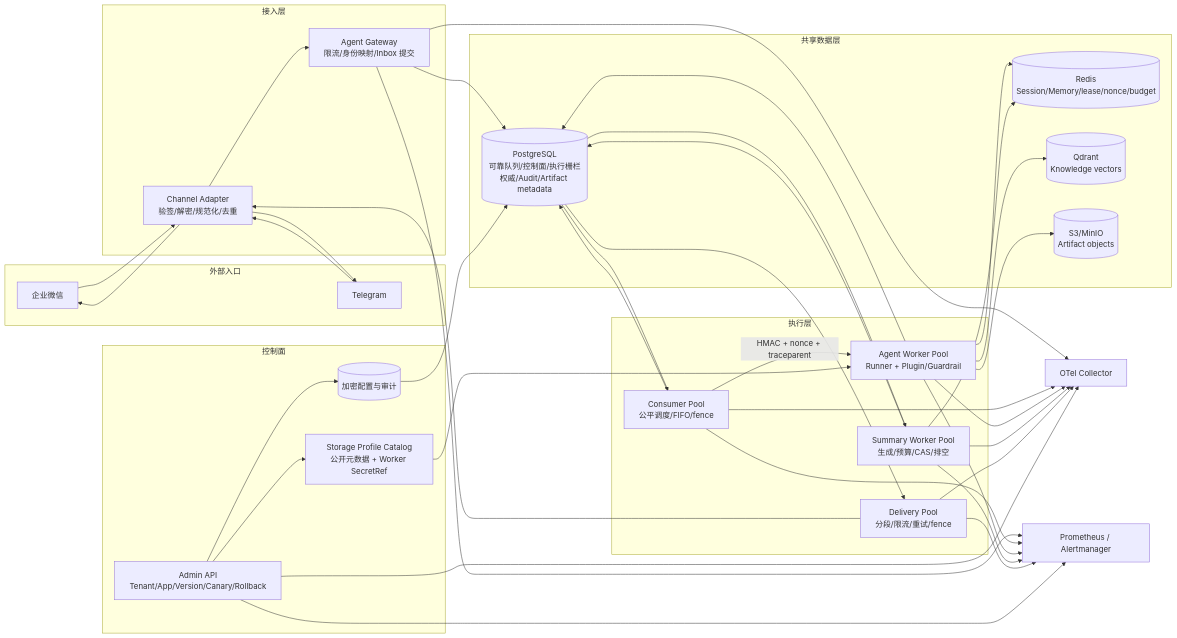
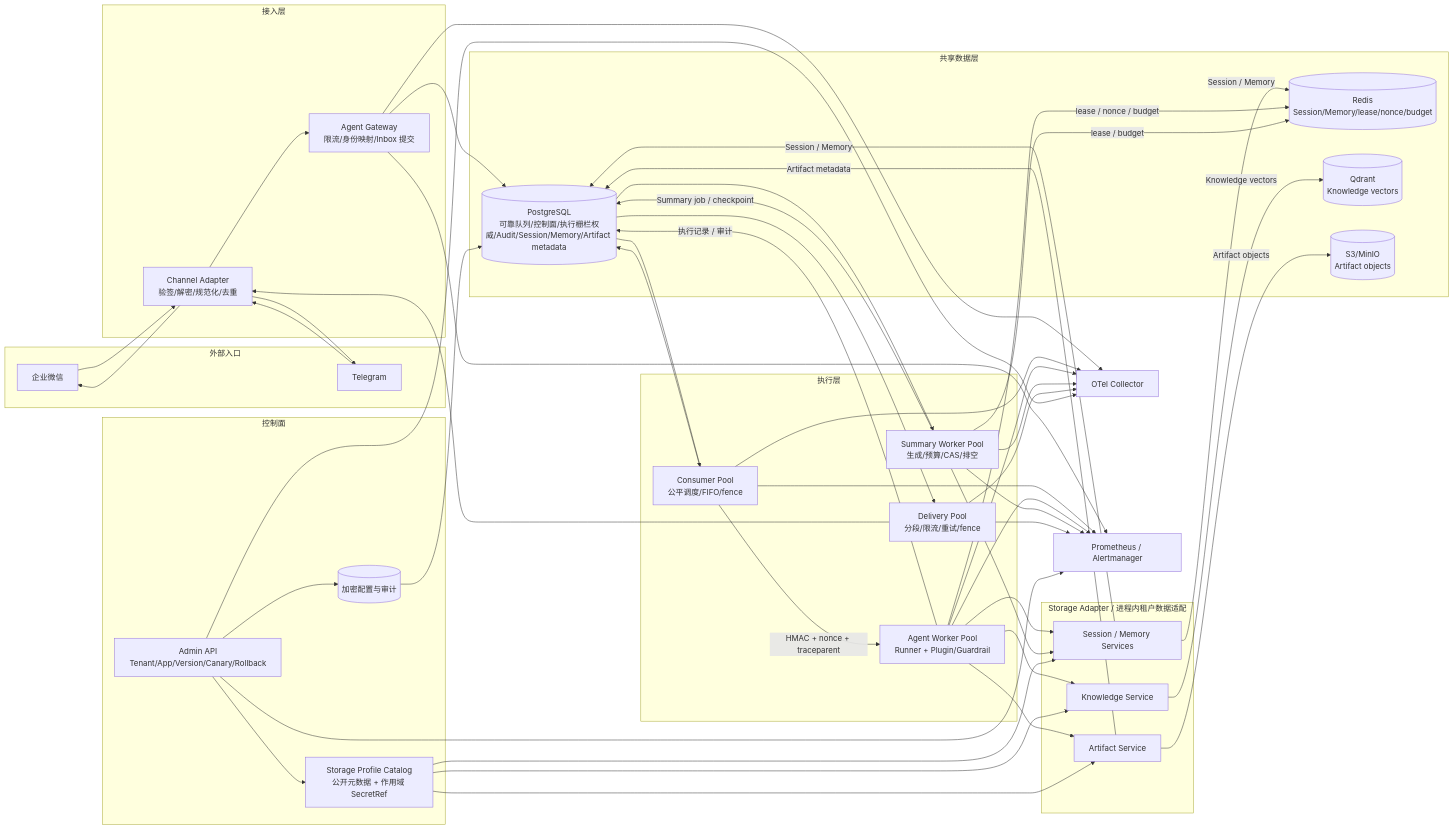
The first of 2 diagrams in docs/COMPETITION_SUBMISSION.md (ltyfulan9/trpc-agent-service), drawn with Mermaid before and after one commit. The commit also changed other lines of this file and 5 other files, not shown here.

````diff
--- a/docs/COMPETITION_SUBMISSION.md
+++ b/docs/COMPETITION_SUBMISSION.md
@@ -40,45 +39,54 @@
 ```mermaid
 flowchart LR
   subgraph EXT[外部入口]
     WX[企业微信]
     TG[Telegram]
   end
   subgraph EDGE[接入层]
     CA[Channel Adapter\n验签/解密/规范化/去重]
     GW[Agent Gateway\n限流/身份映射/Inbox 提交]
   end
   subgraph EXEC[执行层]
     C[Consumer Pool\n公平调度/FIFO/fence]
     W[Agent Worker Pool\nRunner + Plugin/Guardrail]
     SW[Summary Worker Pool\n生成/预算/CAS/排空]
     D[Delivery Pool\n分段/限流/重试/fence]
   end
   subgraph CTRL[控制面]
     A[Admin API\nTenant/App/Version/Canary/Rollback]
     CFG[(加密配置与审计)]
-    PROF[Storage Profile Catalog\n公开元数据 + Worker SecretRef]
+    PROF[Storage Profile Catalog\n公开元数据 + 作用域 SecretRef]
+  end
+  subgraph ADAPT[Storage Adapter / 进程内租户数据适配]
+    SM[Session / Memory Services]
+    KS[Knowledge Service]
+    AS[Artifact Service]
   end
   subgraph DATA[共享数据层]
-    PG[(PostgreSQL\n可靠队列/控制面/执行栅栏权威/Audit/Artifact metadata)]
+    PG[(PostgreSQL\n可靠队列/控制面/执行栅栏权威/Audit/Session/Memory/Artifact metadata)]
     R[(Redis\nSession/Memory/lease/nonce/budget)]
     Q[(Qdrant\nKnowledge vectors)]
     S3[(S3/MinIO\nArtifact objects)]
   end
   OT[OTel Collector]
   PM[Prometheus / Alertmanager]
 
   WX & TG --> CA --> GW --> PG
   PG --> C -->|HMAC + nonce + traceparent| W
-  W --> R
-  W --> Q
-  W --> S3
-  W --> PG
+  W --> SM & KS & AS
+  SM -->|Session / Memory| R & PG
+  KS -->|Knowledge vectors| Q
+  AS -->|Artifact metadata| PG
+  AS -->|Artifact objects| S3
+  W -->|lease / nonce / budget| R
+  W -->|执行记录 / 审计| PG
   C --> PG --> D --> CA --> WX & TG
-  PG --> SW --> R
-  SW --> PG
+  PG --> SW --> SM
+  SW -->|lease / budget| R
+  SW -->|Summary job / checkpoint| PG
   A --> CFG --> PG
   A --> PROF
-  PROF --> W
+  PROF --> SM & KS & AS
   GW & C & W & SW & D & A --> OT
   GW & C & W & SW & D & A --> PM
 ```
````
